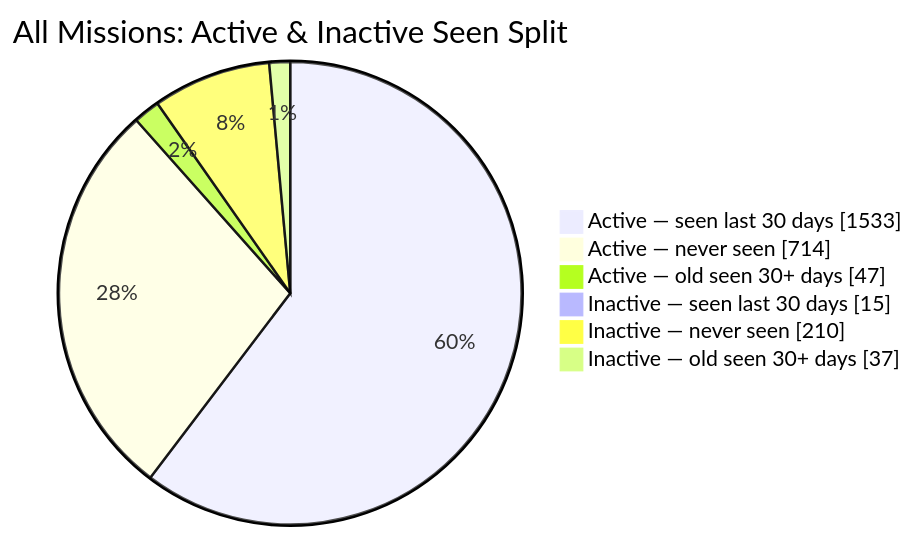
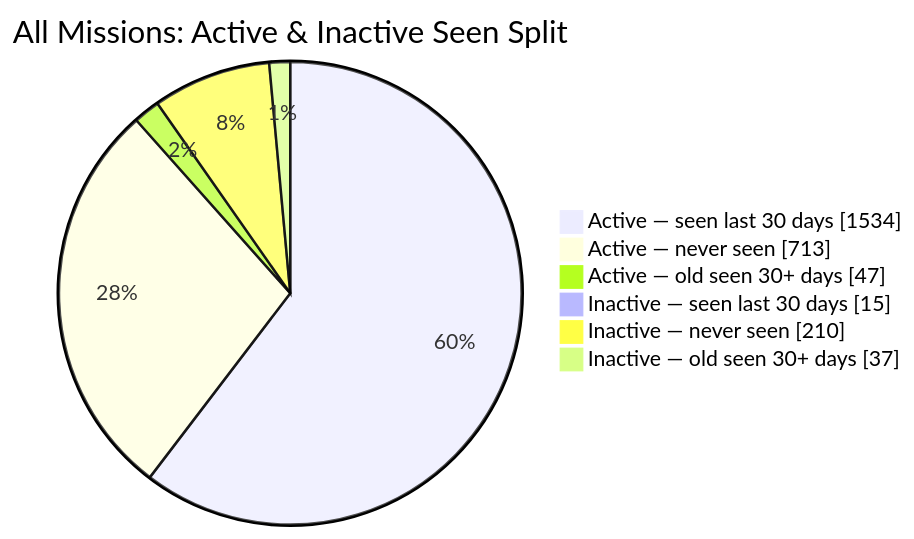
One commit to MeldkamerspelGameTeam/active-missions changed the second of 2 diagrams in README.md. Above: the diagram before and after it, drawn with Mermaid. The commit also changed other lines of this file and 2 other files, not shown here.

````diff
--- a/README.md
+++ b/README.md
@@ -44,10 +44,10 @@
 ```mermaid
 pie showData
     title All Missions: Active & Inactive Seen Split
-    "Active — seen last 30 days" : 1533
-    "Active — never seen" : 714
+    "Active — seen last 30 days" : 1534
+    "Active — never seen" : 713
     "Active — old seen 30+ days" : 47
     "Inactive — seen last 30 days" : 15
     "Inactive — never seen" : 210
     "Inactive — old seen 30+ days" : 37
 ```
````
